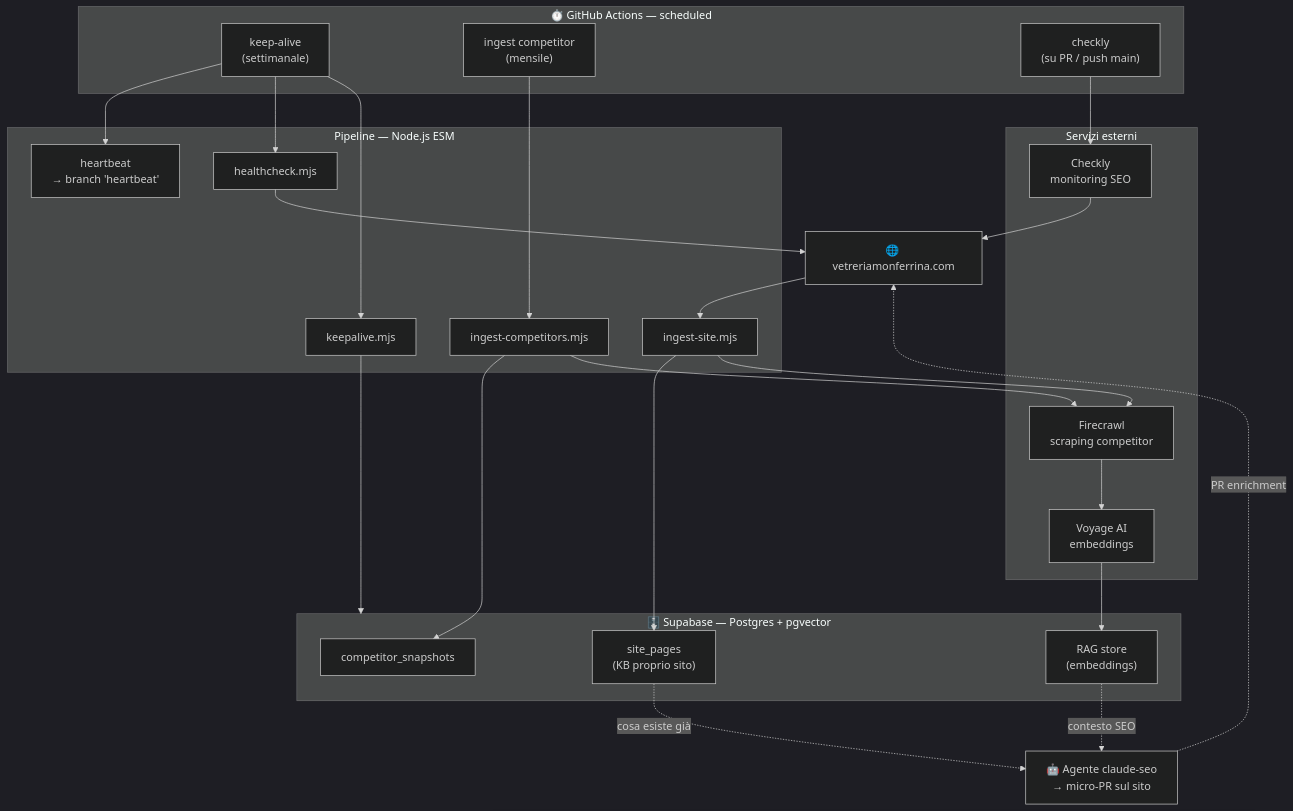
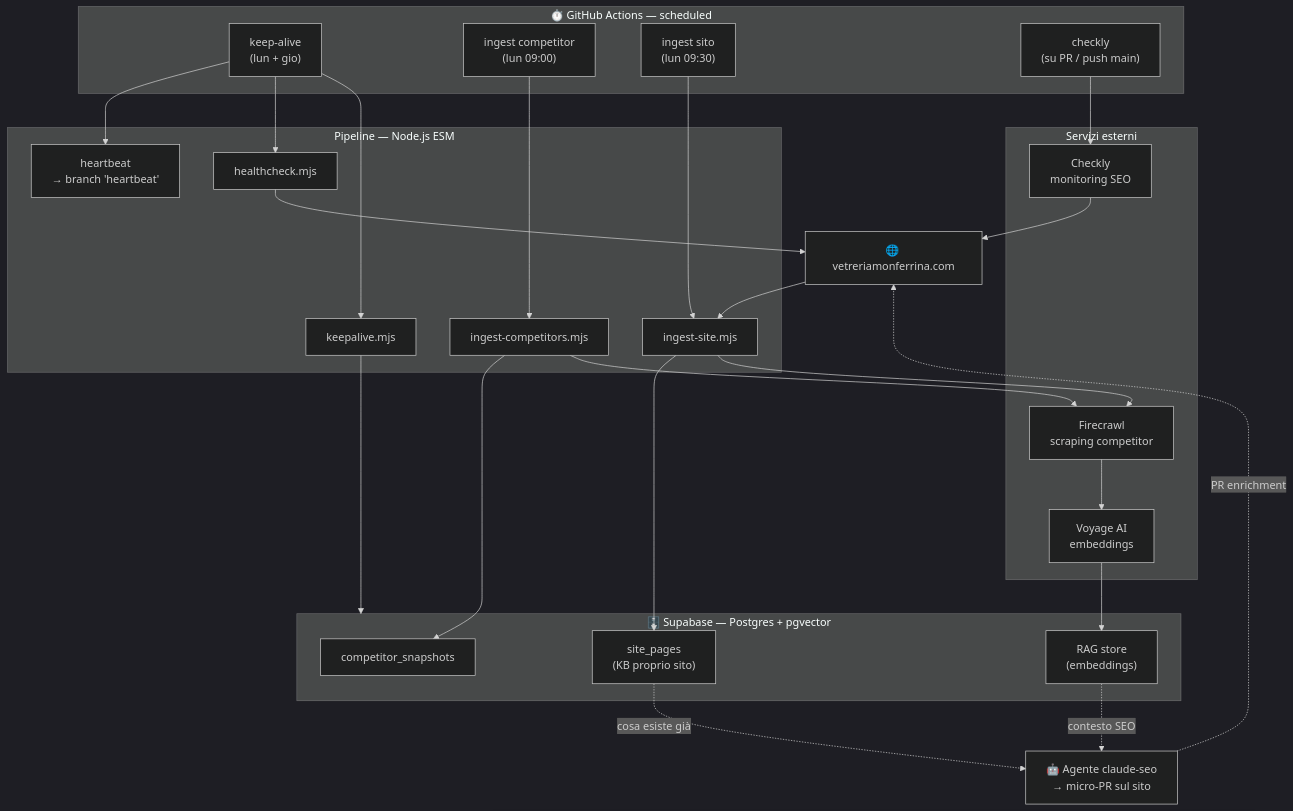
The diagram in README.md (Monferrina/monferrinoAI), drawn with Mermaid (dark theme) before and after one commit. The commit also changed other lines of this file and 7 other files, not shown here.

````diff
--- a/README.md
+++ b/README.md
@@ -25,43 +25,44 @@
 ```mermaid
 flowchart TD
     subgraph GHA["⏱️ GitHub Actions — scheduled"]
-        KA["keep-alive<br/>(settimanale)"]
-        ING["ingest competitor<br/>(mensile)"]
+        KA["keep-alive<br/>(lun + gio)"]
+        ING["ingest competitor<br/>(lun 09:00)"]
+        INGS["ingest sito<br/>(lun 09:30)"]
         CHK["checkly<br/>(su PR / push main)"]
     end
 
     subgraph PIPE["Pipeline — Node.js ESM"]
         KEEP["keepalive.mjs"]
         HEALTH["healthcheck.mjs"]
         HEART["heartbeat<br/>→ branch 'heartbeat'"]
         INGEST["ingest-competitors.mjs"]
         INGSITE["ingest-site.mjs"]
     end
 
     subgraph EXT["Servizi esterni"]
         FC["Firecrawl<br/>scraping competitor"]
         VOY["Voyage AI<br/>embeddings"]
         CL["Checkly<br/>monitoring SEO"]
     end
 
     subgraph DB["🗄️ Supabase — Postgres + pgvector"]
         SNAP["competitor_snapshots"]
         SITEPG["site_pages<br/>(KB proprio sito)"]
         RAG["RAG store<br/>(embeddings)"]
     end
 
     SITE["🌐 vetreriamonferrina.com"]
     AGENT["🤖 Agente claude-seo<br/>→ micro-PR sul sito"]
 
     KA --> KEEP --> DB
     KA --> HEALTH --> SITE
     KA --> HEART
     ING --> INGEST --> FC --> VOY --> RAG
     INGEST --> SNAP
-    INGSITE --> FC
+    INGS --> INGSITE --> FC
     SITE --> INGSITE --> SITEPG
     CHK --> CL --> SITE
     RAG -. contesto SEO .-> AGENT
     SITEPG -. "cosa esiste già" .-> AGENT
     AGENT -. PR enrichment .-> SITE
 ```
````
